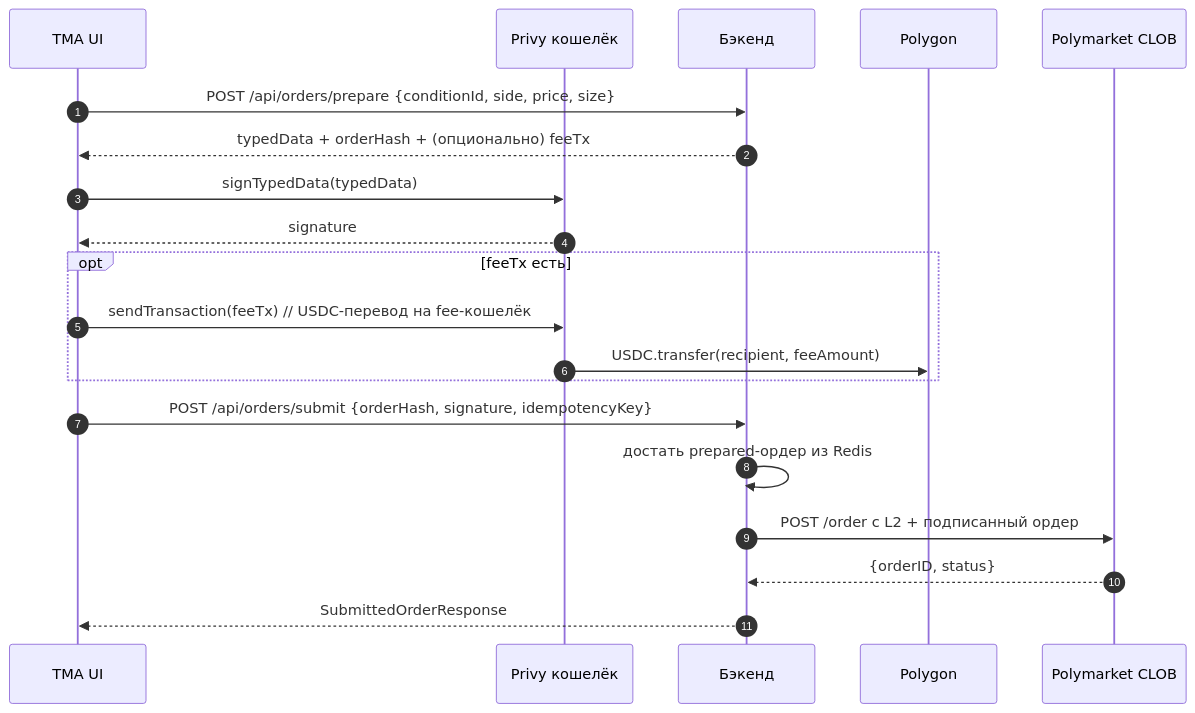
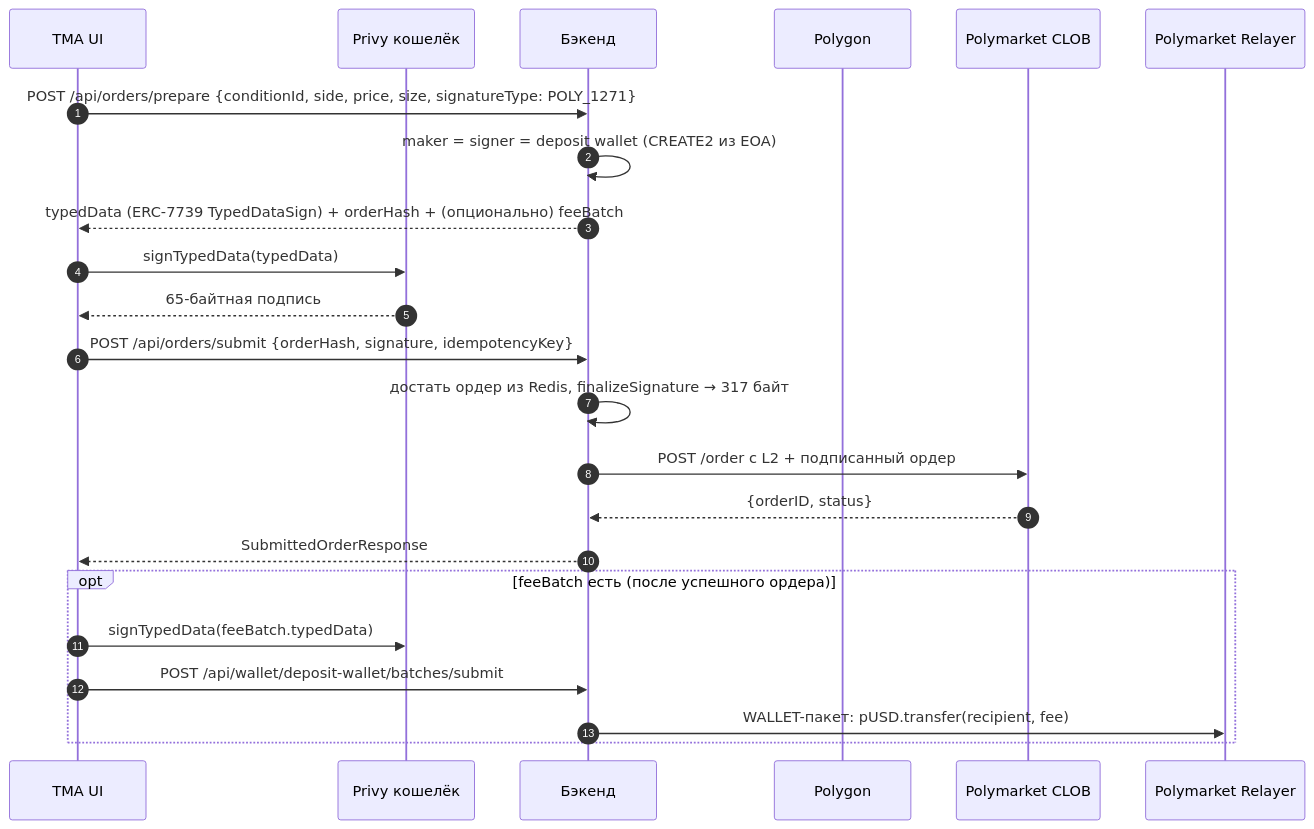
One commit to negriyd/polymarket-tma changed the first of 2 diagrams in docs/trading_RU.md. Above: the diagram before and after it, drawn with Mermaid. The commit also changed other lines of this file and 103 other files, not shown here.

````diff
--- a/docs/trading_RU.md
+++ b/docs/trading_RU.md
@@ -38,23 +137,27 @@
 ```mermaid
 sequenceDiagram
     autonumber
     participant U as TMA UI
     participant P as Privy кошелёк
     participant B as Бэкенд
     participant POL as Polygon
     participant C as Polymarket CLOB
 
-    U->>B: POST /api/orders/prepare {conditionId, side, price, size}
-    B-->>U: typedData + orderHash + (опционально) feeTx
+    participant R as Polymarket Relayer
+
+    U->>B: POST /api/orders/prepare {conditionId, side, price, size, signatureType: POLY_1271}
+    B->>B: maker = signer = deposit wallet (CREATE2 из EOA)
+    B-->>U: typedData (ERC-7739 TypedDataSign) + orderHash + (опционально) feeBatch
     U->>P: signTypedData(typedData)
-    P-->>U: signature
-    opt feeTx есть
-        U->>P: sendTransaction(feeTx)  // USDC-перевод на fee-кошелёк
-        P->>POL: USDC.transfer(recipient, feeAmount)
-    end
+    P-->>U: 65-байтная подпись
     U->>B: POST /api/orders/submit {orderHash, signature, idempotencyKey}
-    B->>B: достать prepared-ордер из Redis
+    B->>B: достать ордер из Redis, finalizeSignature → 317 байт
     B->>C: POST /order с L2 + подписанный ордер
     C-->>B: {orderID, status}
     B-->>U: SubmittedOrderResponse
+    opt feeBatch есть (после успешного ордера)
+        U->>P: signTypedData(feeBatch.typedData)
+        U->>B: POST /api/wallet/deposit-wallet/batches/submit
+        B->>R: WALLET-пакет: pUSD.transfer(recipient, fee)
+    end
 ```
````
